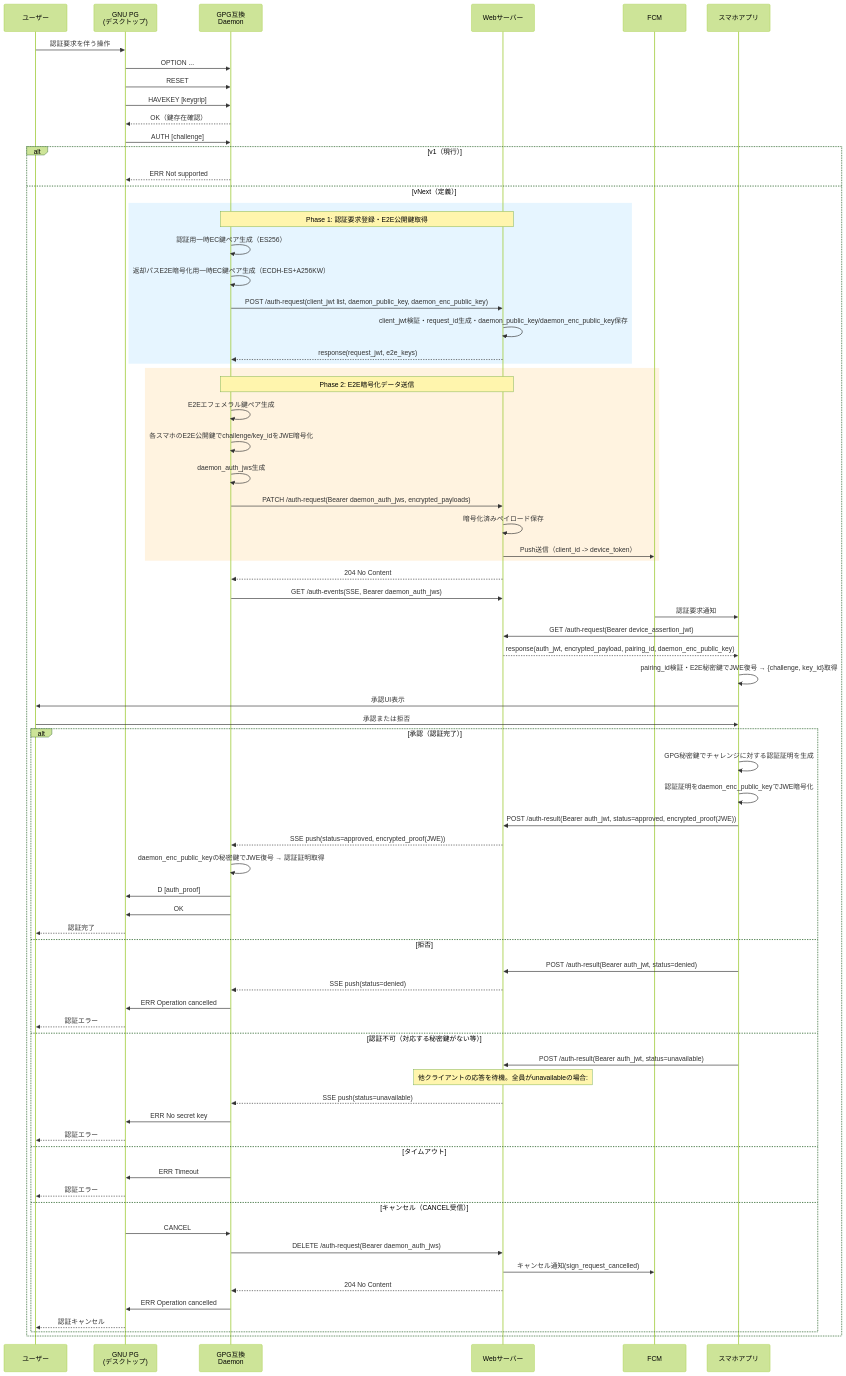
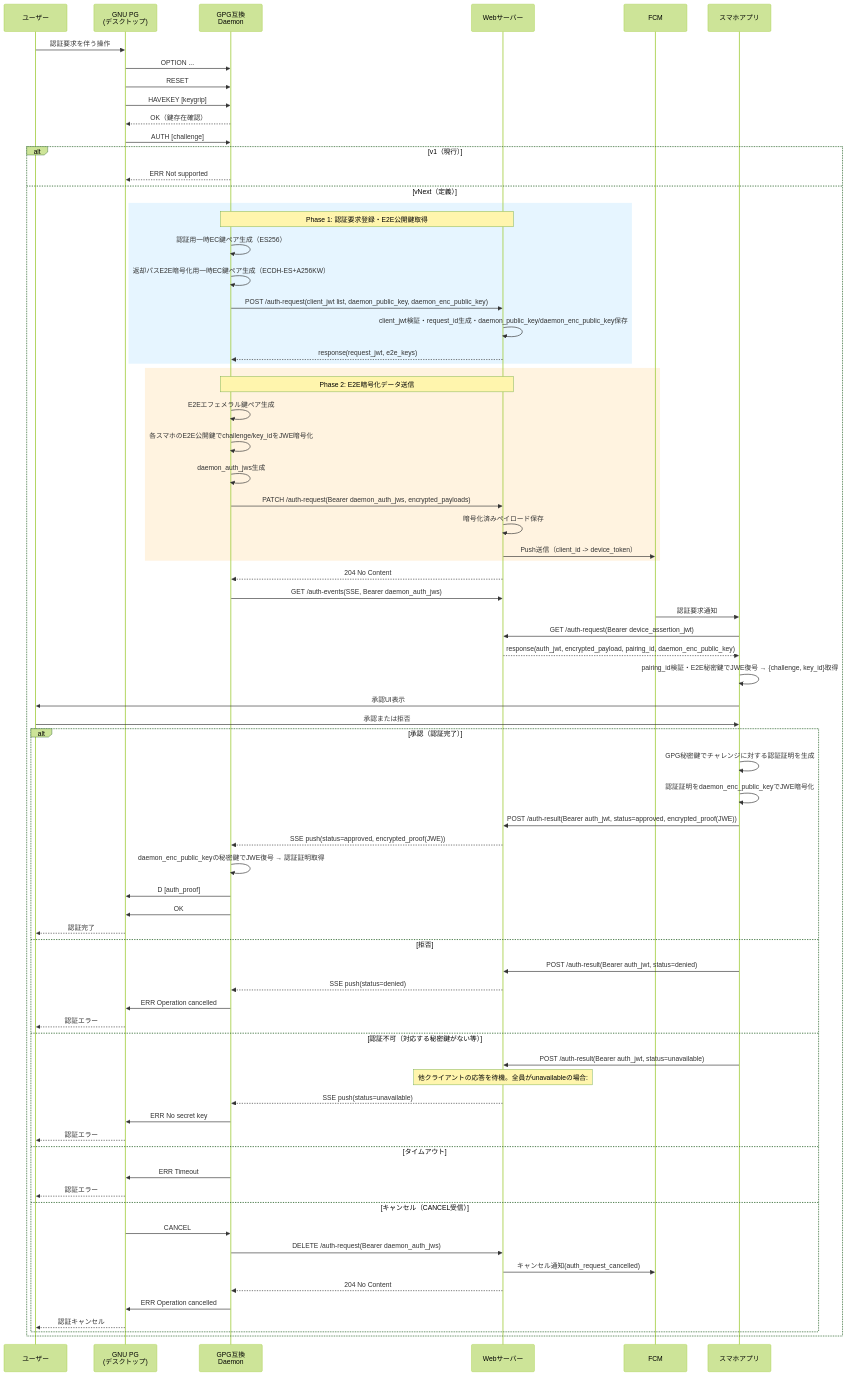
One commit to chalharu/gpg-bridge changed the eighth of 14 diagrams in docs/spec/requirements.md. Above: the diagram before and after it, drawn with Mermaid (forest theme). The commit also changed other lines of this file, not shown here.

Commit message:
docs(spec): fix vNext FCM cancel notification type values in PKDECRYPT/AUTH flows (#8)

````diff
--- a/docs/spec/requirements.md
+++ b/docs/spec/requirements.md
@@ -2183,82 +2183,82 @@
 ```mermaid
 sequenceDiagram
     participant User as ユーザー
     participant GnuPG as GNU PG<br/>(デスクトップ)
     participant Daemon as GPG互換<br/>Daemon
     participant Web as Webサーバー
     participant FCM as FCM
     participant Phone as スマホアプリ
 
     User->>GnuPG: 認証要求を伴う操作
     GnuPG->>Daemon: OPTION ...
     GnuPG->>Daemon: RESET
     GnuPG->>Daemon: HAVEKEY [keygrip]
     Daemon-->>GnuPG: OK（鍵存在確認）
     GnuPG->>Daemon: AUTH [challenge]
 
     alt v1（現行）
         Daemon-->>GnuPG: ERR Not supported
     else vNext（定義）
 
         rect rgb(230, 245, 255)
             Note over Daemon,Web: Phase 1: 認証要求登録・E2E公開鍵取得
             Daemon->>Daemon: 認証用一時EC鍵ペア生成（ES256）
             Daemon->>Daemon: 返却パスE2E暗号化用一時EC鍵ペア生成（ECDH-ES+A256KW）
             Daemon->>Web: POST /auth-request(client_jwt list, daemon_public_key, daemon_enc_public_key)
             Web->>Web: client_jwt検証・request_id生成・daemon_public_key/daemon_enc_public_key保存
             Web-->>Daemon: response(request_jwt, e2e_keys)
         end
 
         rect rgb(255, 243, 224)
             Note over Daemon,Web: Phase 2: E2E暗号化データ送信
             Daemon->>Daemon: E2Eエフェメラル鍵ペア生成
             Daemon->>Daemon: 各スマホのE2E公開鍵でchallenge/key_idをJWE暗号化
             Daemon->>Daemon: daemon_auth_jws生成
             Daemon->>Web: PATCH /auth-request(Bearer daemon_auth_jws, encrypted_payloads)
             Web->>Web: 暗号化済みペイロード保存
             Web->>FCM: Push送信（client_id -> device_token）
         end
 
         Web-->>Daemon: 204 No Content
         Daemon->>Web: GET /auth-events(SSE, Bearer daemon_auth_jws)
         FCM->>Phone: 認証要求通知
         Phone->>Web: GET /auth-request(Bearer device_assertion_jwt)
         Web-->>Phone: response(auth_jwt, encrypted_payload, pairing_id, daemon_enc_public_key)
         Phone->>Phone: pairing_id検証・E2E秘密鍵でJWE復号 → {challenge, key_id}取得
         Phone->>User: 承認UI表示
 
         User->>Phone: 承認または拒否
 
         alt 承認（認証完了）
             Phone->>Phone: GPG秘密鍵でチャレンジに対する認証証明を生成
             Phone->>Phone: 認証証明をdaemon_enc_public_keyでJWE暗号化
             Phone->>Web: POST /auth-result(Bearer auth_jwt, status=approved, encrypted_proof(JWE))
             Web-->>Daemon: SSE push(status=approved, encrypted_proof(JWE))
             Daemon->>Daemon: daemon_enc_public_keyの秘密鍵でJWE復号 → 認証証明取得
             Daemon->>GnuPG: D [auth_proof]
             Daemon->>GnuPG: OK
             GnuPG-->>User: 認証完了
         else 拒否
             Phone->>Web: POST /auth-result(Bearer auth_jwt, status=denied)
             Web-->>Daemon: SSE push(status=denied)
             Daemon->>GnuPG: ERR Operation cancelled
             GnuPG-->>User: 認証エラー
         else 認証不可（対応する秘密鍵がない等）
             Phone->>Web: POST /auth-result(Bearer auth_jwt, status=unavailable)
             Note over Web: 他クライアントの応答を待機。全員がunavailableの場合:
             Web-->>Daemon: SSE push(status=unavailable)
             Daemon->>GnuPG: ERR No secret key
             GnuPG-->>User: 認証エラー
         else タイムアウト
             Daemon->>GnuPG: ERR Timeout
             GnuPG-->>User: 認証エラー
         else キャンセル（CANCEL受信）
             GnuPG->>Daemon: CANCEL
             Daemon->>Web: DELETE /auth-request(Bearer daemon_auth_jws)
-            Web->>FCM: キャンセル通知(sign_request_cancelled)
+            Web->>FCM: キャンセル通知(auth_request_cancelled)
             Web-->>Daemon: 204 No Content
             Daemon->>GnuPG: ERR Operation cancelled
             GnuPG-->>User: 認証キャンセル
         end
     end
 ```
````
